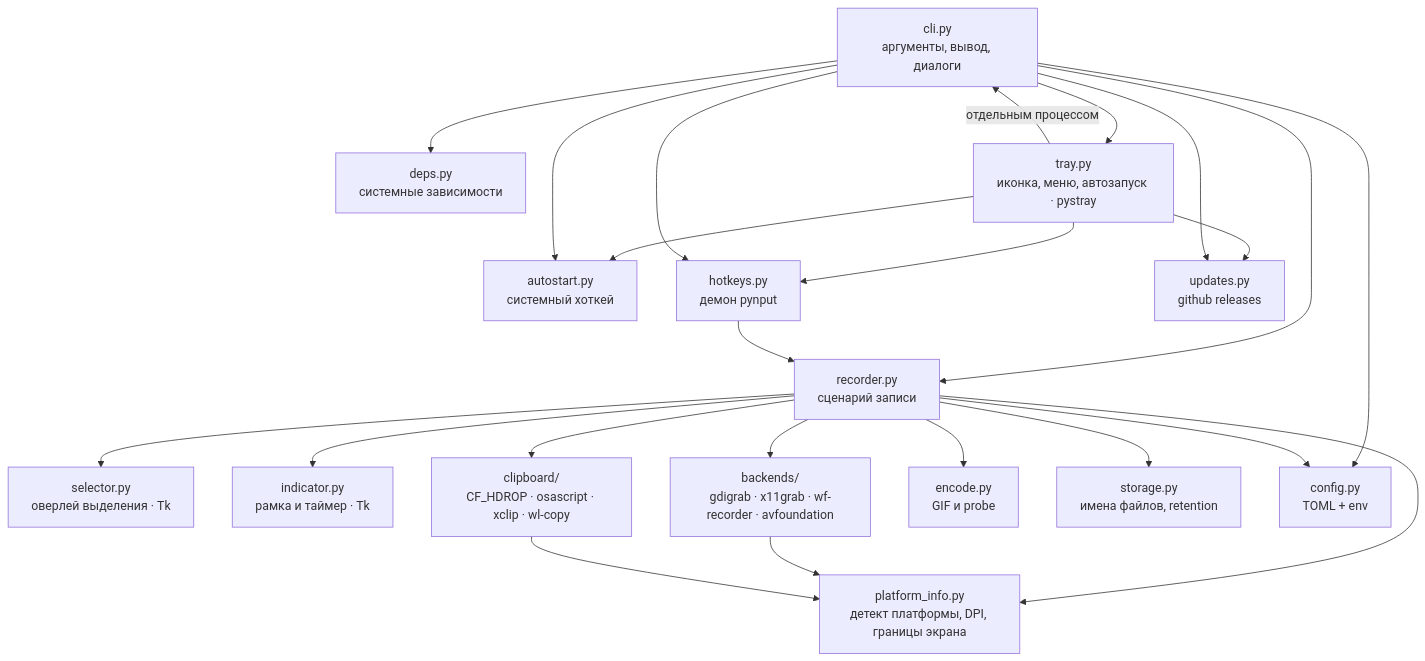
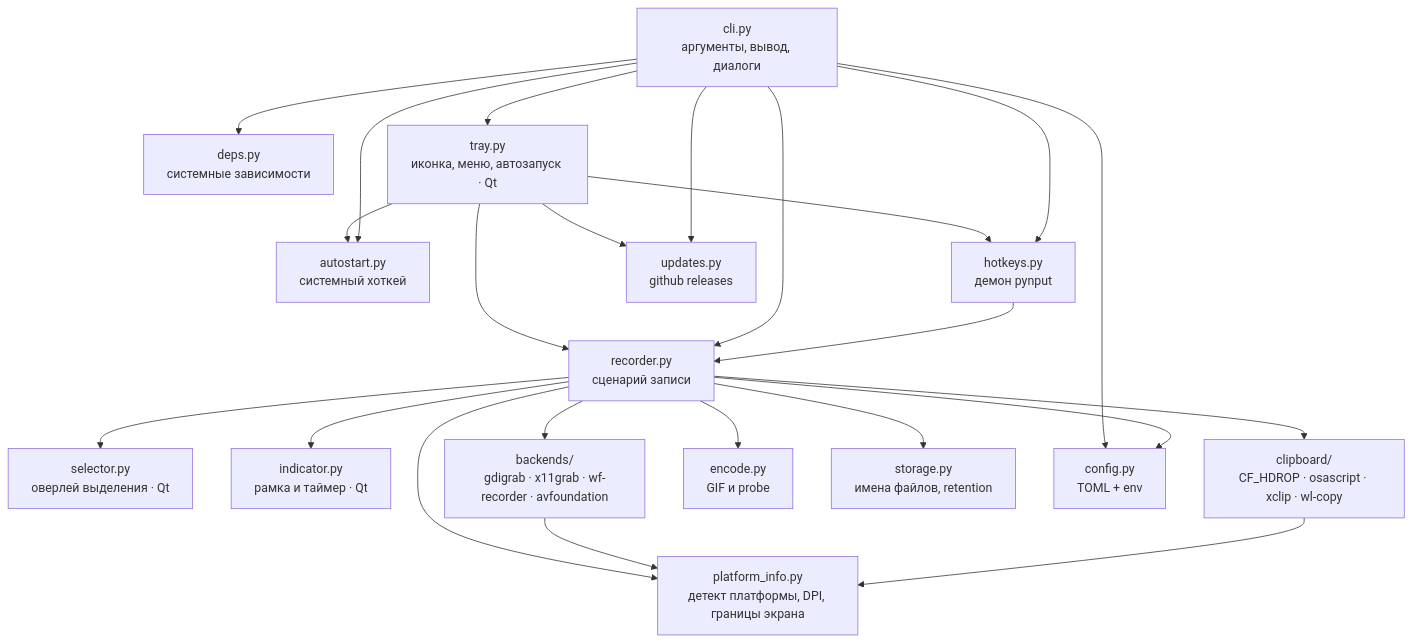
One commit to elementary1997/snapreel changed the second of 4 diagrams in docs/architecture.md. Above: the diagram before and after it, drawn with Mermaid. The commit also changed other lines of this file and 12 other files, not shown here.

````diff
--- a/docs/architecture.md
+++ b/docs/architecture.md
@@ -40,41 +40,41 @@
 ```mermaid
 graph TD
     cli[cli.py<br/>аргументы, вывод, диалоги]
     rec[recorder.py<br/>сценарий записи]
-    sel[selector.py<br/>оверлей выделения · Tk]
-    ind[indicator.py<br/>рамка и таймер · Tk]
+    sel[selector.py<br/>оверлей выделения · Qt]
+    ind[indicator.py<br/>рамка и таймер · Qt]
     back[backends/<br/>gdigrab · x11grab · wf-recorder · avfoundation]
     clip[clipboard/<br/>CF_HDROP · osascript · xclip · wl-copy]
     enc[encode.py<br/>GIF и probe]
     store[storage.py<br/>имена файлов, retention]
     cfg[config.py<br/>TOML + env]
     plat[platform_info.py<br/>детект платформы, DPI, границы экрана]
     deps[deps.py<br/>системные зависимости]
     auto[autostart.py<br/>системный хоткей]
     daemon[hotkeys.py<br/>демон pynput]
-    tray[tray.py<br/>иконка, меню, автозапуск · pystray]
+    tray[tray.py<br/>иконка, меню, автозапуск · Qt]
     upd[updates.py<br/>github releases]
 
     cli --> tray
-    tray -->|отдельным процессом| cli
+    tray --> rec
     tray --> daemon
     tray --> upd
     tray --> auto
     cli --> upd
     cli --> rec
     cli --> deps
     cli --> auto
     cli --> daemon
     daemon --> rec
     rec --> sel
     rec --> ind
     rec --> back
     rec --> clip
     rec --> enc
     rec --> store
     rec --> plat
     back --> plat
     clip --> plat
     cli --> cfg
     rec --> cfg
 ```
````
